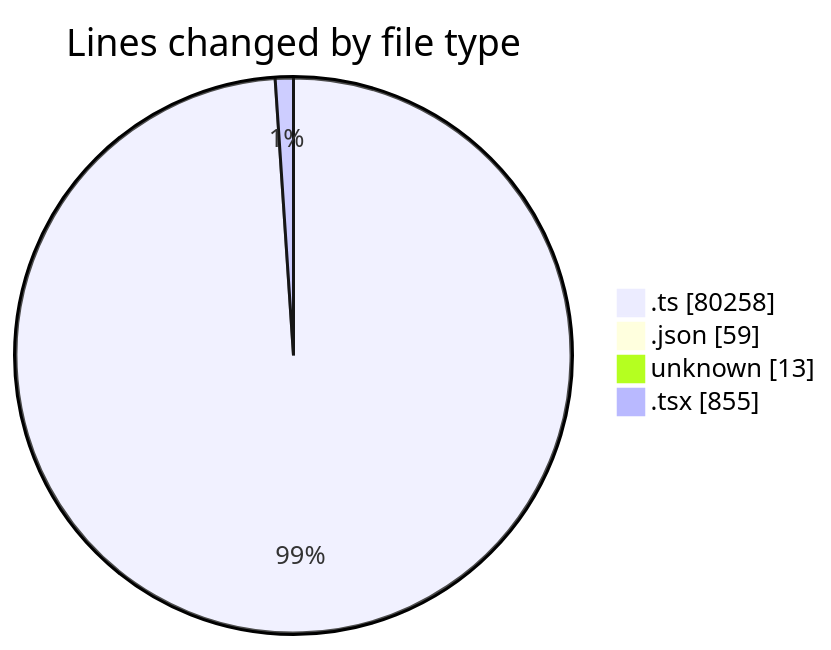
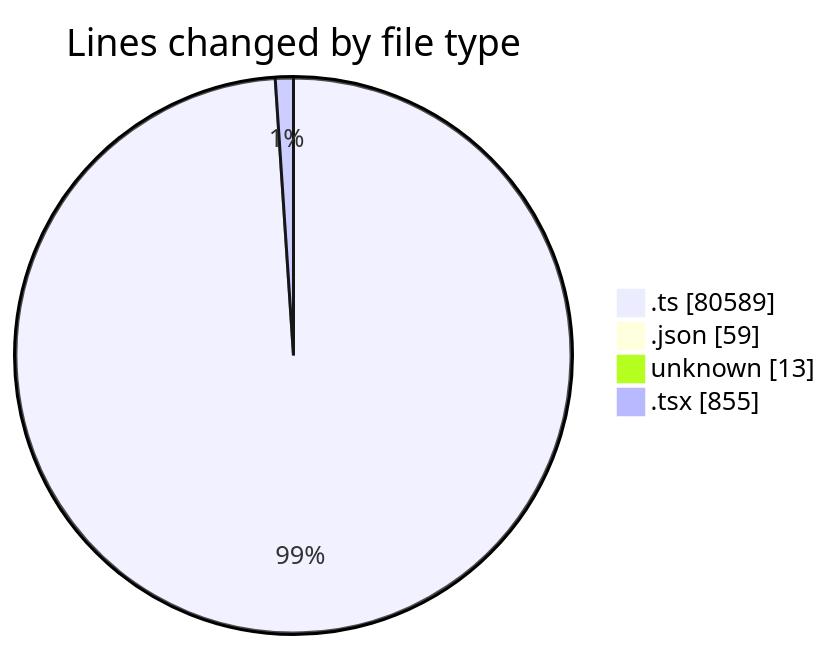
Before and after one commit to momahboobian/code-tracking: the first of 2 diagrams in 2025-09-09/cda/README.md, drawn with Mermaid. The commit also changed other lines of this file and 1 other file, not shown here.

````diff
--- a/2025-09-09/cda/README.md
+++ b/2025-09-09/cda/README.md
@@ -128,8 +128,8 @@
 ```mermaid
 pie showData
 title Lines changed by file type
-".ts" : 80258
+".ts" : 80589
 ".json" : 59
 "unknown" : 13
 ".tsx" : 855
 ```
````
